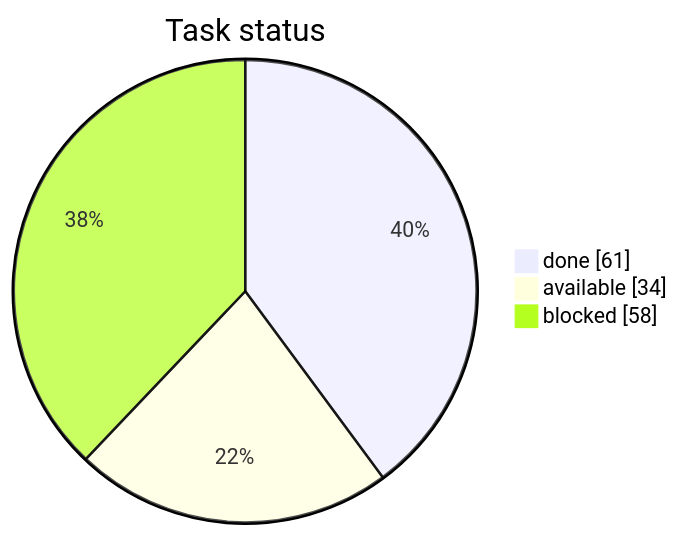
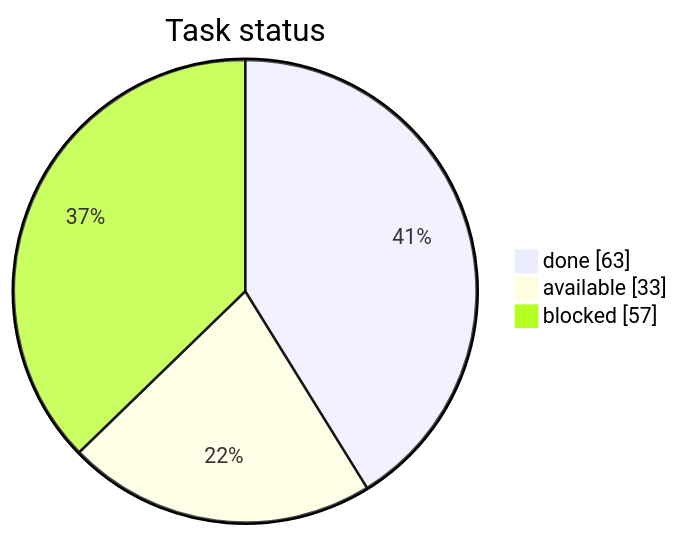
One commit to artemiiShabanov/RallyRivals changed the first of 3 diagrams in STATUS.md. Above: the diagram before and after it, drawn with Mermaid. The commit also changed other lines of this file and 7 other files, not shown here.

````diff
--- a/STATUS.md
+++ b/STATUS.md
@@ -7,7 +7,7 @@
 ```mermaid
 pie showData
     title Task status
-    "done" : 61
-    "available" : 34
-    "blocked" : 58
+    "done" : 63
+    "available" : 33
+    "blocked" : 57
 ```
````
